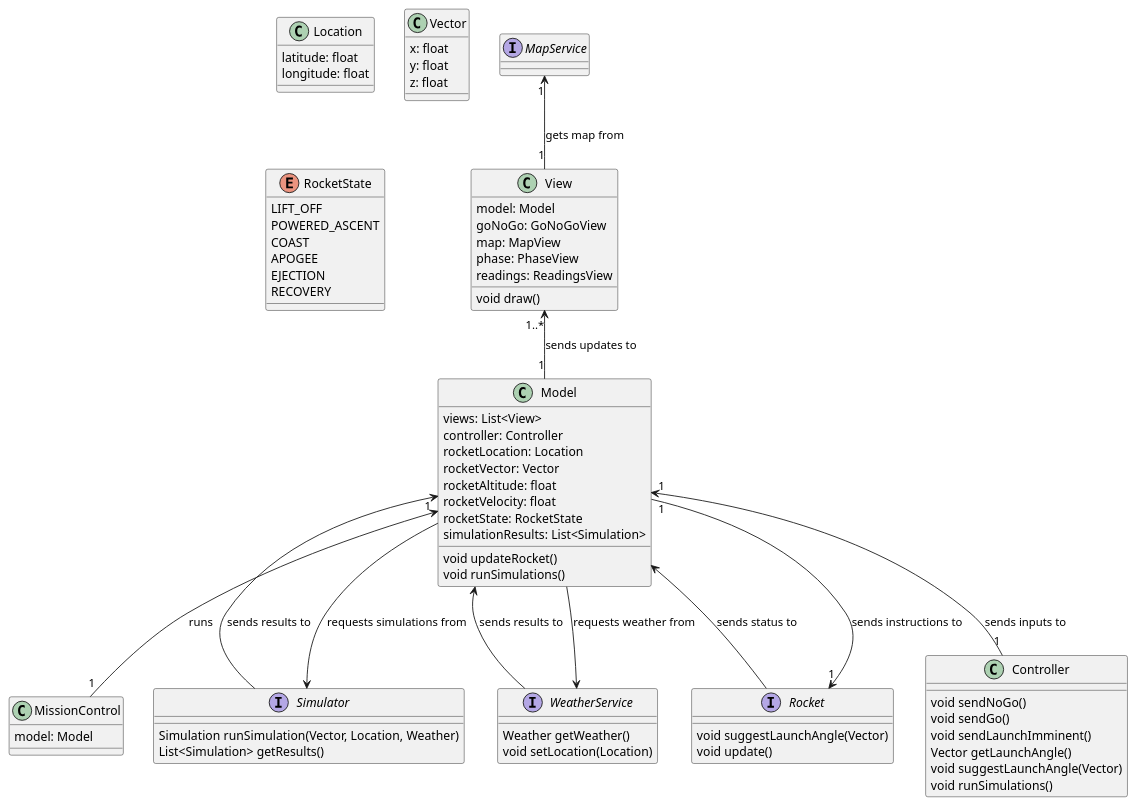
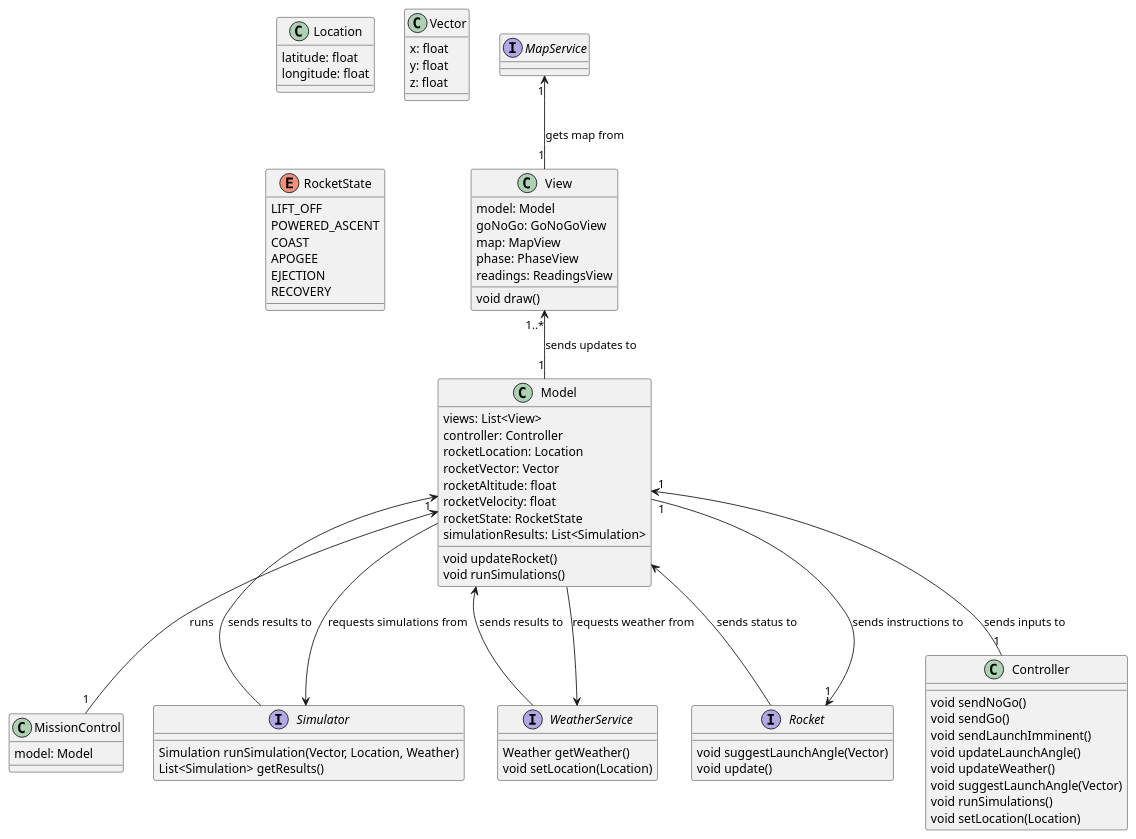
Before and after one commit to andrewellio/mission-control-: the diagram in uml_diagrams/class_diagram/class_diagram.puml, drawn with PlantUML.

Commit message:
Additional controller inputs

```diff
--- a/uml_diagrams/class_diagram/class_diagram.puml
+++ b/uml_diagrams/class_diagram/class_diagram.puml
@@ -1,88 +1,89 @@
 @startuml MissionControl
 class MissionControl {
   model: Model
 }
 Model "1" <-- "1" MissionControl : runs
 
 class View {
   model: Model
   goNoGo: GoNoGoView
   map: MapView
   phase: PhaseView
   readings: ReadingsView
   void draw()
 }
 MapService "1" <-- "1" View : gets map from
 
 
 class Model {
   views: List<View>
   controller: Controller
   rocketLocation: Location
   rocketVector: Vector
   rocketAltitude: float
   rocketVelocity: float
   rocketState: RocketState
   simulationResults: List<Simulation>
 
   void updateRocket()
   void runSimulations()
 }
 View "1..*" <-- "1" Model : sends updates to
 Simulator <-- Model : requests simulations from
 WeatherService <-- Model : requests weather from
 Rocket "1" <-- "1" Model : sends instructions to
 
 class Controller {
   void sendNoGo()
   void sendGo()
   void sendLaunchImminent()
-  Vector getLaunchAngle()
+  void updateLaunchAngle()
+  void updateWeather()
   void suggestLaunchAngle(Vector)
   void runSimulations()
+  void setLocation(Location)
 }
 Model "1" <-- "1" Controller : sends inputs to
 
 class Location {
   latitude: float
   longitude: float
 }
 
 class Vector {
   x: float
   y: float
   z: float
 }
 
 enum RocketState {
   LIFT_OFF
   POWERED_ASCENT
   COAST
   APOGEE
   EJECTION
   RECOVERY
 }
 
 interface Rocket {
   void suggestLaunchAngle(Vector)
   void update()
 }
 Model <-- Rocket : sends status to
 
 interface Simulator {
   Simulation runSimulation(Vector, Location, Weather)
   List<Simulation> getResults()
 }
 Model <-- Simulator : sends results to
 
 
 interface WeatherService {
   Weather getWeather()
   void setLocation(Location)
 }
 Model <-- WeatherService : sends results to
 
-
 interface MapService
 
 @enduml
```
